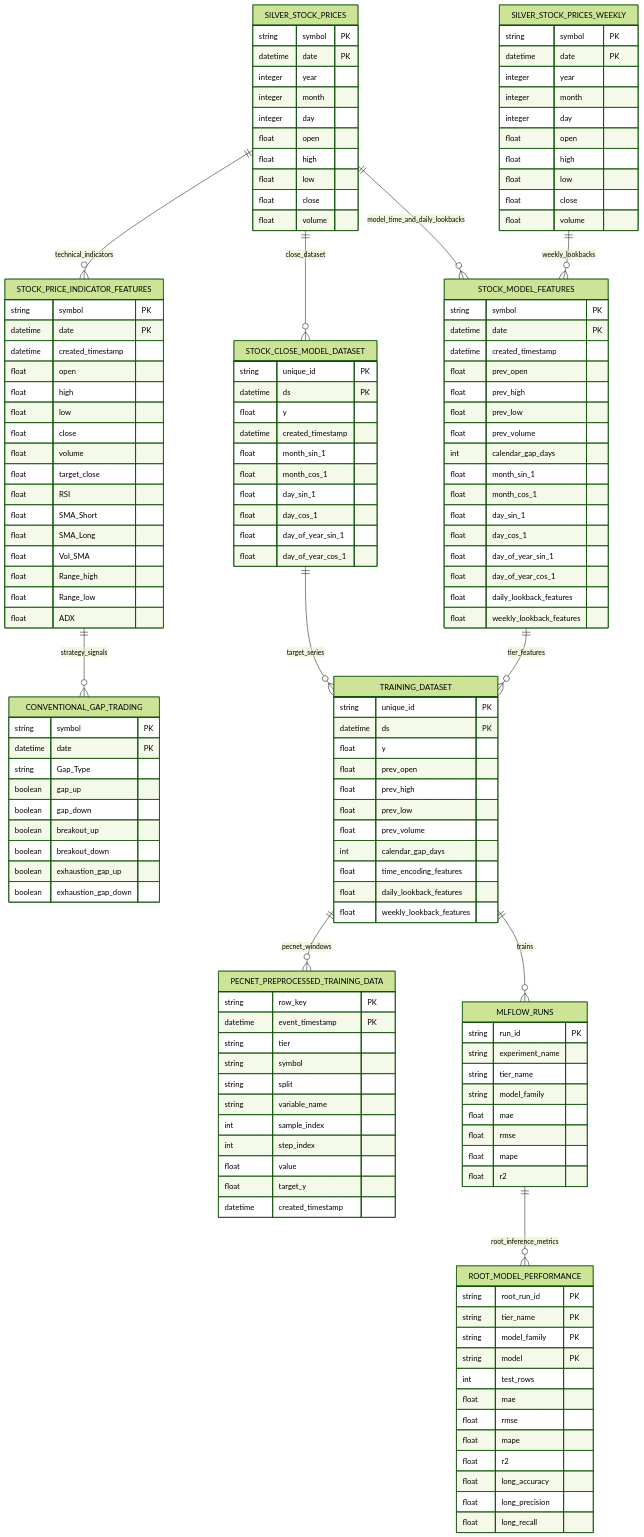
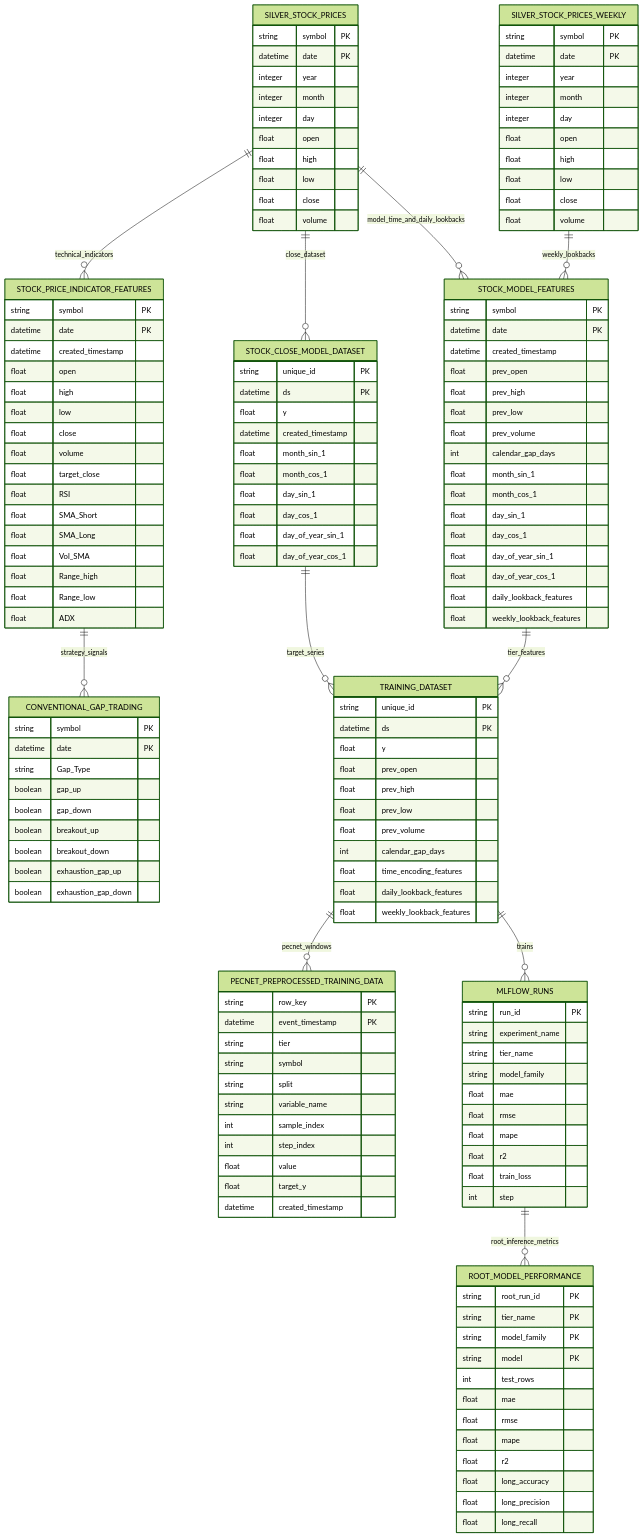
One commit to Batuhansaylam26/algo_trading changed the second of 2 diagrams in docs/stock_close_oop_and_data_diagrams.md. Above: the diagram before and after it, drawn with Mermaid (forest theme). The commit also changed other lines of this file and 22 other files, not shown here.

```diff
--- a/docs/stock_close_oop_and_data_diagrams.md
+++ b/docs/stock_close_oop_and_data_diagrams.md
@@ -298,6 +304,8 @@
         float rmse
         float mape
         float r2
+        float train_loss
+        int step
     }
 
     ROOT_MODEL_PERFORMANCE {
```
